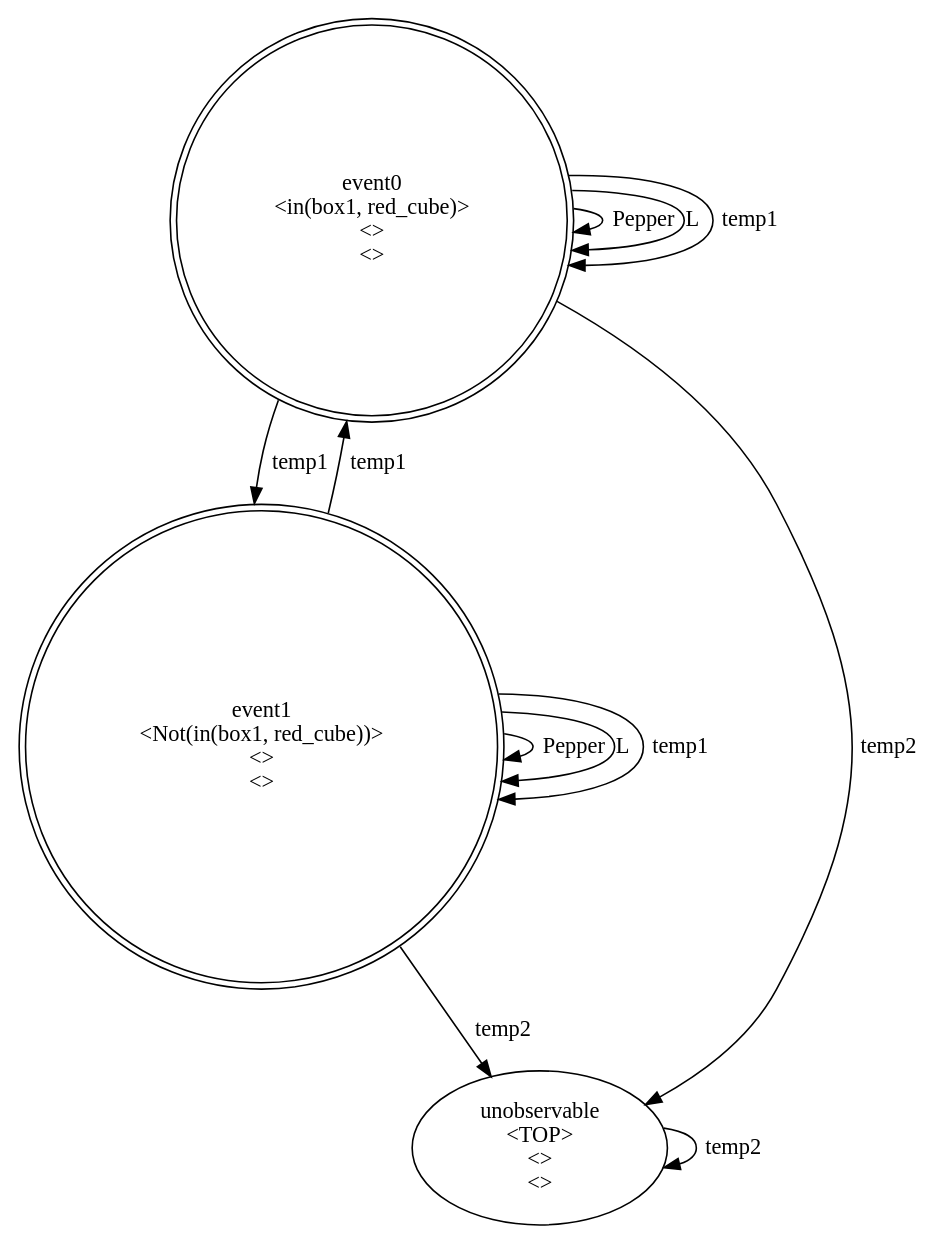
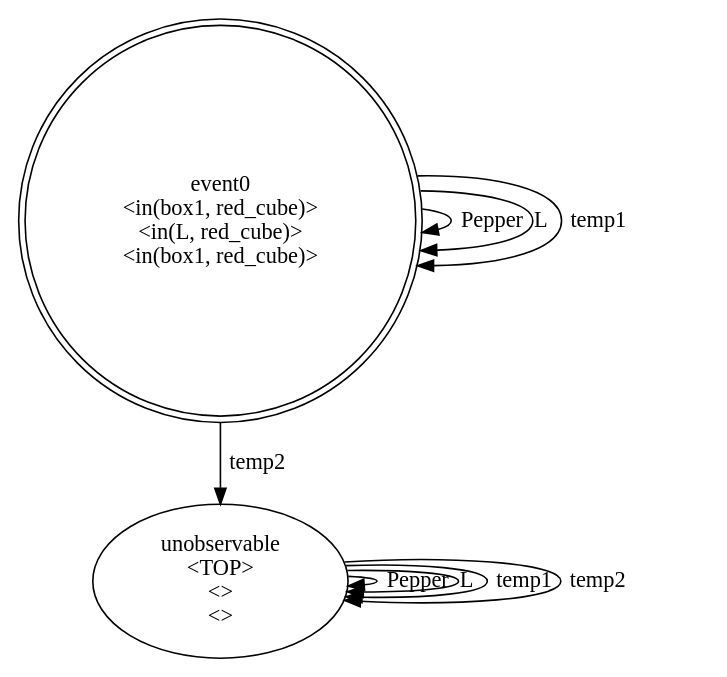
The diagram in action.dot (Zeltex/Implicit_Coordination), drawn with Graphviz before and after one commit. The commit also changed 49 other files, not shown here.

```diff
--- a/action.dot
+++ b/action.dot
@@ -1,25 +1,18 @@
 digraph G {
 s0[label="event0
 <in(box1, red_cube)>
-<>
-<>", shape=doublecircle];
-s1[label="event1
-<Not(in(box1, red_cube))>
-<>
-<>", shape=doublecircle];
-s2[label="unobservable
+<in(L, red_cube)>
+<in(box1, red_cube)>", shape=doublecircle];
+s1[label="unobservable
 <TOP>
 <>
 <>"];
 s0 -> s0[label="Pepper"];
 s1 -> s1[label="Pepper"];
 s0 -> s0[label="L"];
 s1 -> s1[label="L"];
 s0 -> s0[label="temp1"];
-s0 -> s1[label="temp1"];
-s1 -> s0[label="temp1"];
 s1 -> s1[label="temp1"];
-s0 -> s2[label="temp2"];
-s1 -> s2[label="temp2"];
-s2 -> s2[label="temp2"];
+s1 -> s1[label="temp2"];
+s0 -> s1[label="temp2"];
 }
```
